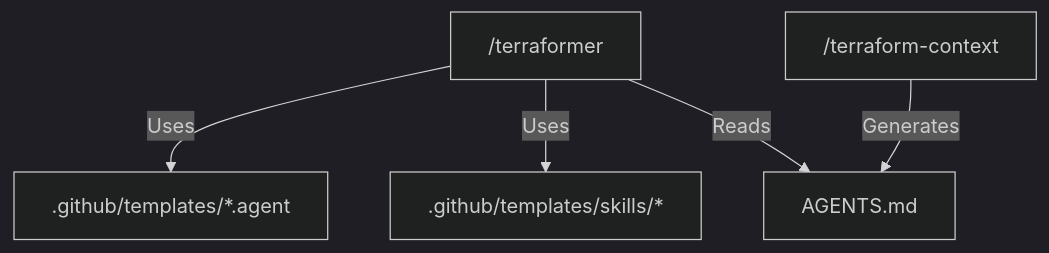
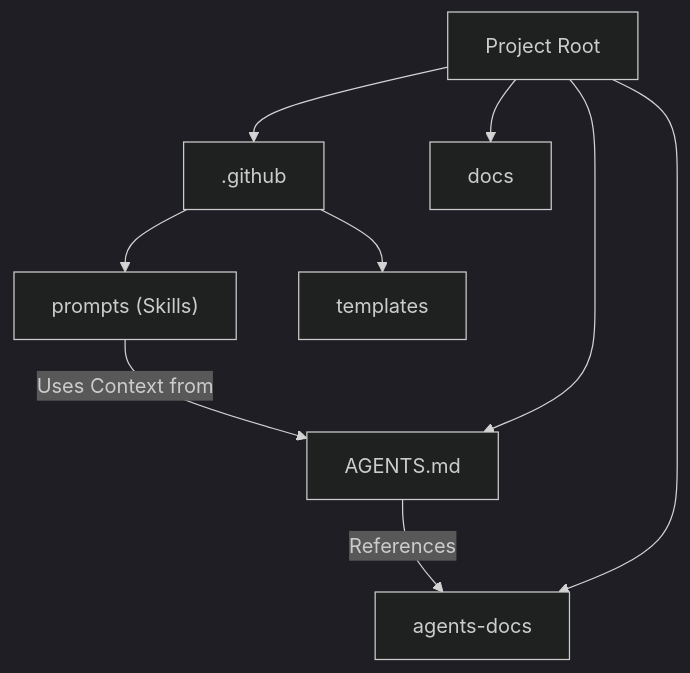
The diagram in agents-docs/directory-structure.md (LongbowXXX/terraformer), drawn with Mermaid (dark theme) before and after one commit. The commit also changed other lines of this file and 7 other files, not shown here.

Commit message:
docs: add initial documentation for AI agents covering architecture, key flows, and technical specifications

````diff
--- a/agents-docs/directory-structure.md
+++ b/agents-docs/directory-structure.md
@@ -61,8 +42,13 @@
 ```mermaid
 graph TD
-    Entry["/terraformer"] -->|Uses| AgentTemplates[".github/templates/*.agent"]
-    Entry -->|Uses| SkillTemplates[".github/templates/skills/*"]
-    Entry -->|Reads| AGENTS["AGENTS.md"]
+    Root[Project Root] --> Github[".github"]
+    Root --> AgentsDocs[agents-docs]
+    Root --> Docs[docs]
+    Root --> AgentsMD[AGENTS.md]
 
-    Context["/terraform-context"] -->|Generates| AGENTS
+    Github --> Prompts["prompts (Skills)"]
+    Github --> Templates[templates]
+
+    AgentsMD -->|References| AgentsDocs
+    Prompts -->|Uses Context from| AgentsMD
 ```
````
